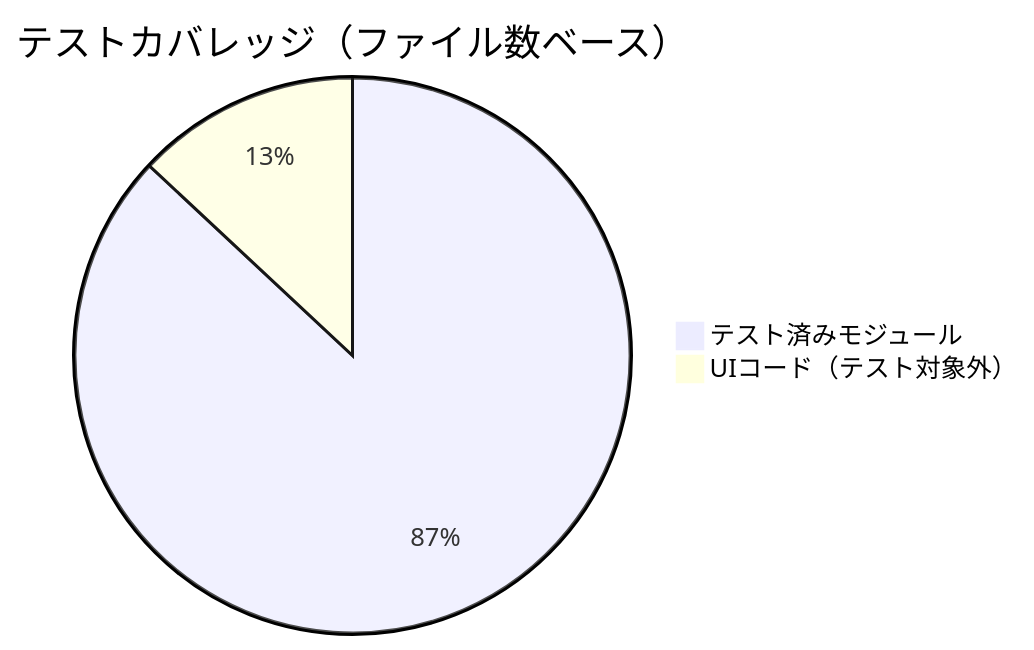
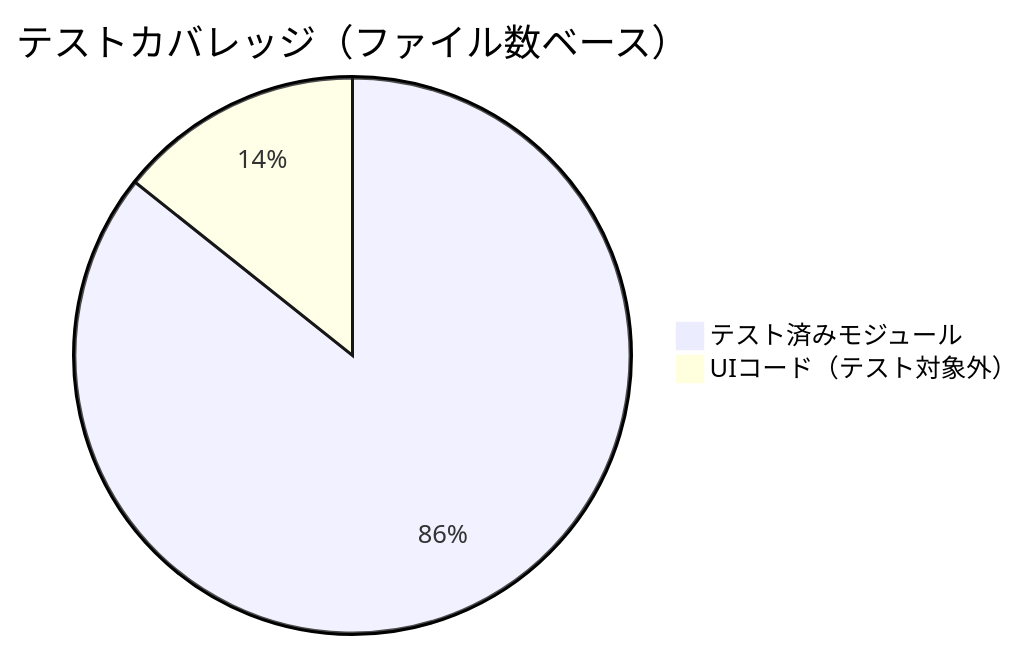
One commit to tanaton/mendo changed diagram 21 of 27 in example/test.md. Above: the diagram before and after it, drawn with Mermaid. The commit also changed other lines of this file, not shown here.

````diff
--- a/example/test.md
+++ b/example/test.md
@@ -2412,5 +2905,5 @@
 ```mermaid
 pie title テストカバレッジ（ファイル数ベース）
     "テスト済みモジュール" : 60
-    "UIコード（テスト対象外）" : 9
+    "UIコード（テスト対象外）" : 10
 ```
````
